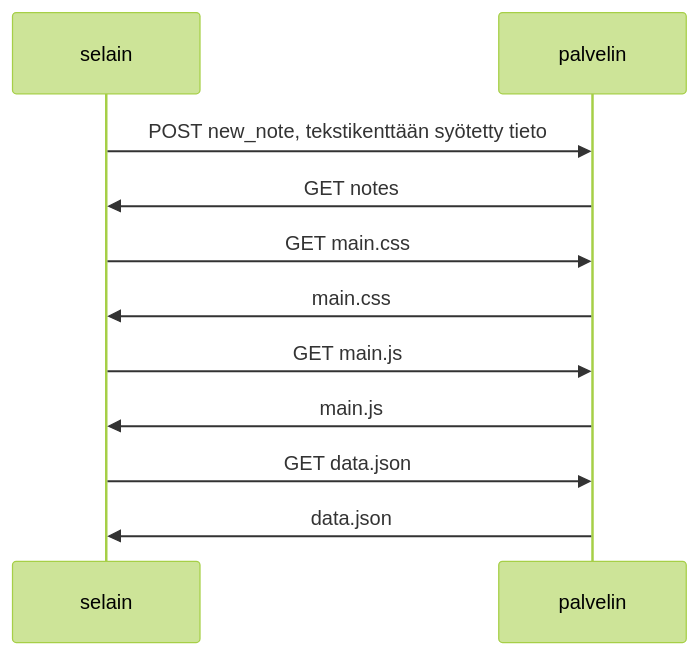
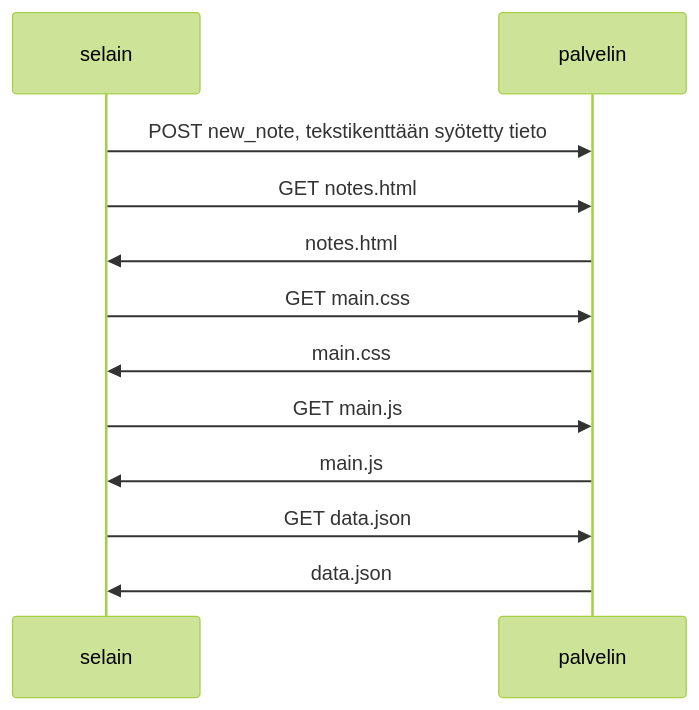
One commit to redhama/Fullstack--kurssi changed the diagram in part0/04 uusi_muistiinpano.md. Above: the diagram before and after it, drawn with Mermaid (forest theme).

Commit message:
asiavirhe

````diff
--- a/part0/04 uusi_muistiinpano.md
+++ b/part0/04 uusi_muistiinpano.md
@@ -1,14 +1,15 @@
 ```mermaid
 sequenceDiagram
     participant selain
     participant palvelin
 
     selain->>palvelin: POST new_note, tekstikenttään syötetty tieto
-    palvelin->>selain: GET notes
+    selain->>palvelin: GET notes.html
+    palvelin->>selain: notes.html
     selain->>palvelin: GET main.css
     palvelin->>selain: main.css
     selain->>palvelin: GET main.js
     palvelin->>selain: main.js
     selain->>palvelin: GET data.json
     palvelin->>selain: data.json
 ```
````
